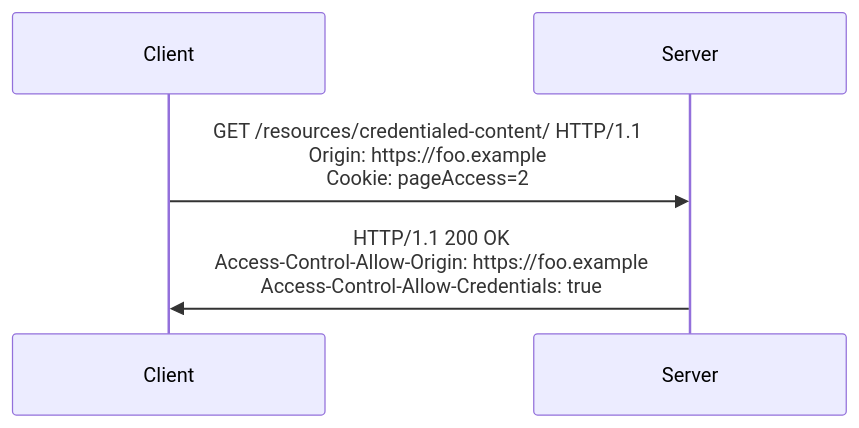
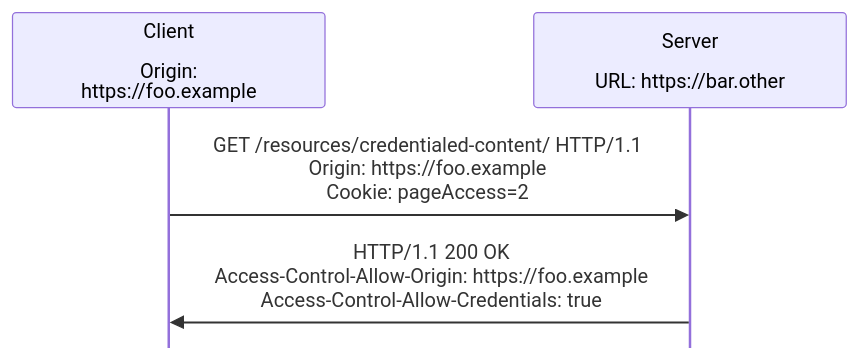
One commit to mdn/shared-assets changed the diagram in images/diagrams/http/cors/include-credentials.mmd. Above: the diagram before and after it, drawn with Mermaid. The commit also changed 7 other files, not shown here.

First line of the commit message:
Fix content issue 36670: Annotate CORS diagrams with origins (#65)

```diff
--- a/images/diagrams/http/cors/include-credentials.mmd
+++ b/images/diagrams/http/cors/include-credentials.mmd
@@ -1,8 +1,8 @@
-%%{init: { "sequence": { "wrap": true, "width":250, "noteAlign": "left", "messageAlign": "center" }} }%%
+%%{init: { "sequence": { "wrap": true, "width":250, "noteAlign": "left", "messageAlign": "center", "mirrorActors":false  }} }%%
 
 sequenceDiagram
-    participant Client
-    participant Server
+    participant Client as Client<br><br>Origin#58; https#58;//foo.example
+    participant Server as Server<br><br>URL#58; https#58;//bar.other
 
     Client->>Server: GET /resources/credentialed-content/ HTTP/1.1<br/>Origin: https://foo.example<br/>Cookie: pageAccess=2
     Server->>Client: HTTP/1.1 200 OK<br/>Access-Control-Allow-Origin: https://foo.example<br/>Access-Control-Allow-Credentials: true
```
